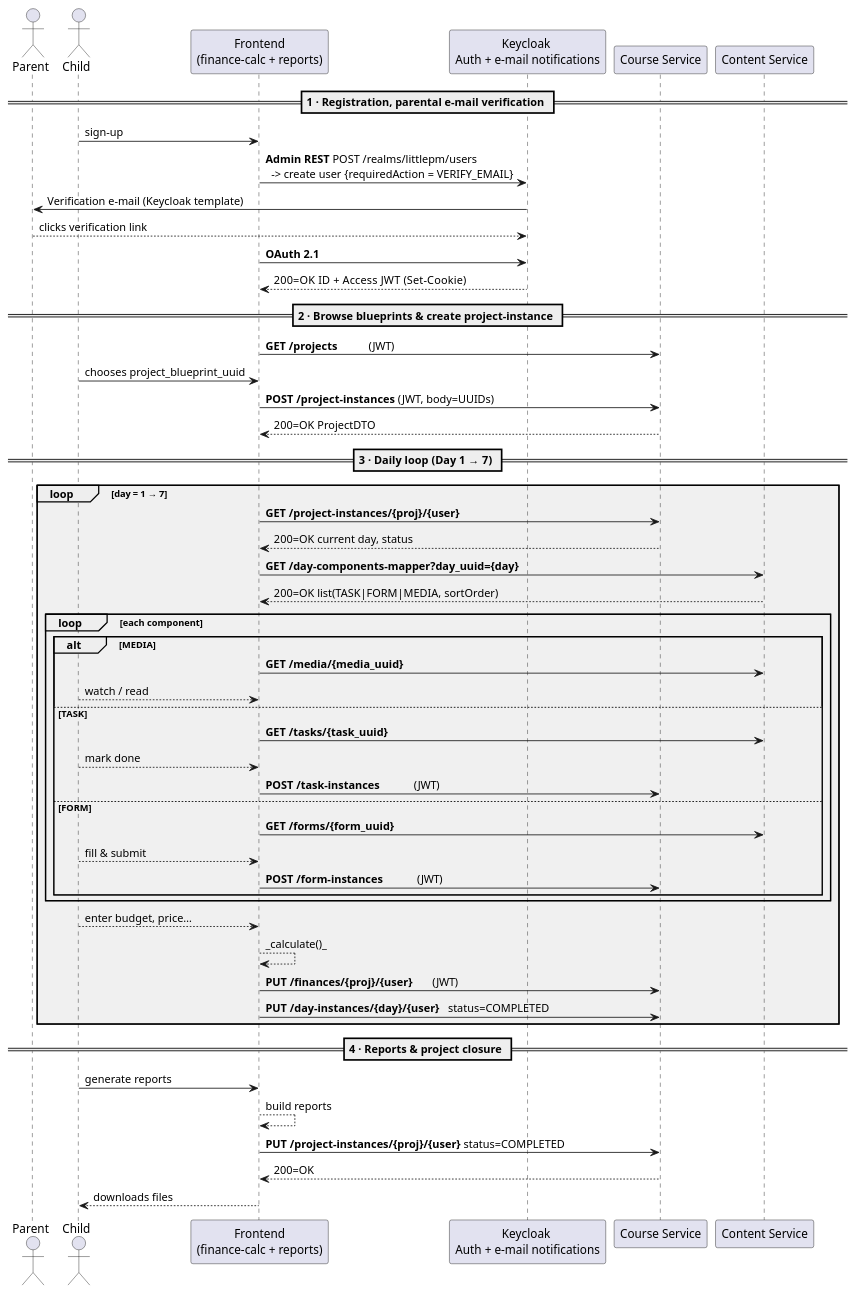
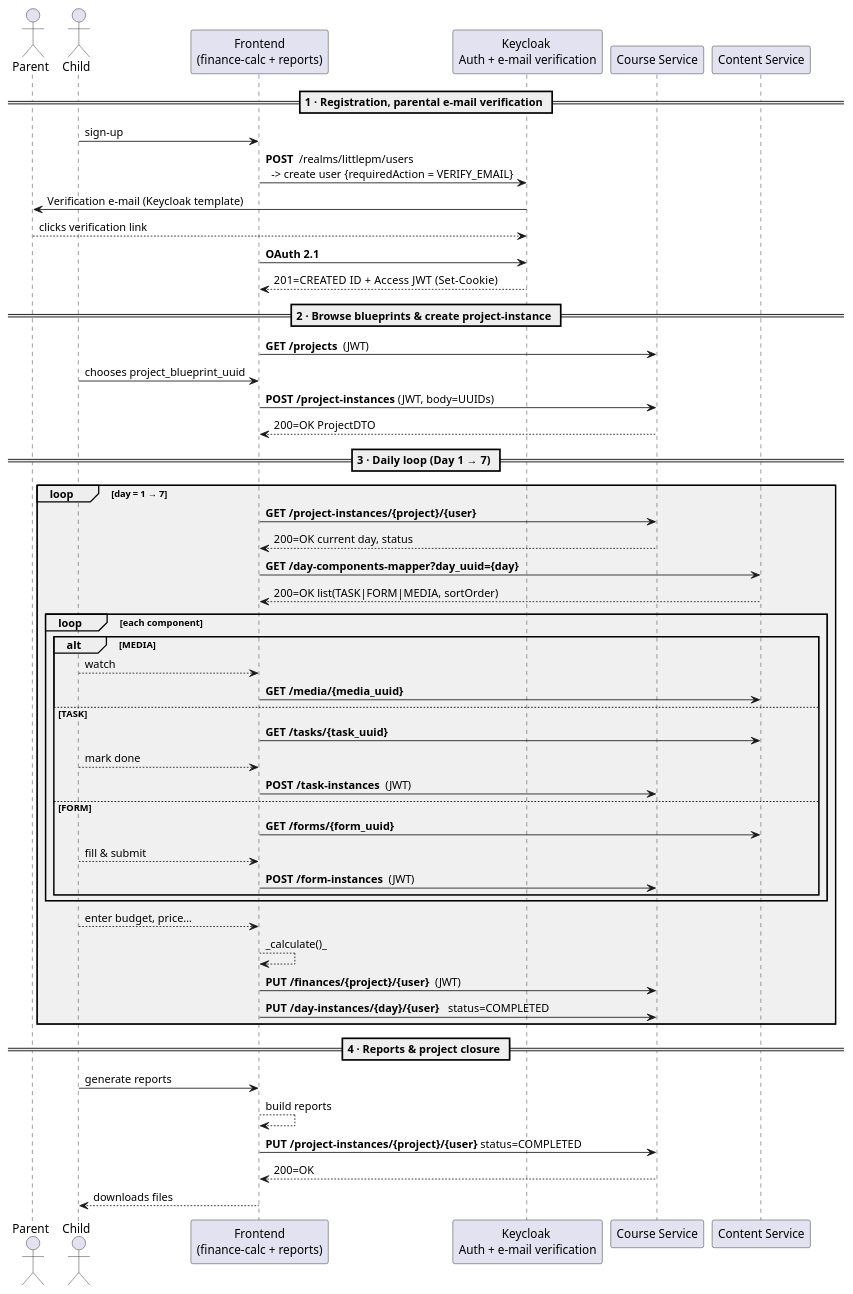
The diagram in docs/design/sequence-diagram/sequence-diag.plantuml (dmr4eg/la-infrastructure), drawn with PlantUML before and after one commit.

Commit message:
sequence done

```diff
--- a/docs/design/sequence-diagram/sequence-diag.plantuml
+++ b/docs/design/sequence-diagram/sequence-diag.plantuml
@@ -1,74 +1,74 @@
 @startuml
 
 skinparam package {
     FontSize 13
     FontStyle bold
     BackgroundColor #F0F0F0
 }
 
 actor Parent
 actor Child
 
 participant "Frontend\n(finance-calc + reports)"      as FE
-participant "Keycloak \nAuth + e-mail notifications"    as KC
+participant "Keycloak \nAuth + e-mail verification"    as KC
 participant "Course Service"  as COURSE
 participant "Content Service" as CONTENT
 
 == 1 · Registration, parental e-mail verification ==
 Child  -> FE     : sign-up 
-FE     -> KC     : **Admin REST** POST /realms/littlepm/users\n  -> create user {requiredAction = VERIFY_EMAIL}
+FE     -> KC     : **POST**  /realms/littlepm/users\n  -> create user {requiredAction = VERIFY_EMAIL}
 KC     -> Parent : Verification e-mail (Keycloak template)
 Parent --> KC    : clicks verification link 
 FE     -> KC     : **OAuth 2.1** 
-KC     --> FE    : 200=OK ID + Access JWT   (Set-Cookie)
+KC     --> FE    : 201=CREATED ID + Access JWT   (Set-Cookie)
 
 
 == 2 · Browse blueprints & create project-instance ==
-FE     -> COURSE : **GET /projects**           (JWT)
+FE     -> COURSE : **GET /projects**  (JWT)
 Child  -> FE     : chooses project_blueprint_uuid
 FE     -> COURSE : **POST /project-instances** (JWT, body=UUIDs)
 COURSE --> FE    : 200=OK ProjectDTO 
 
 == 3 · Daily loop  (Day 1 → 7) ==
 loop day = 1 → 7
   ' 3.1 progress/meta
-  FE  -> COURSE  : **GET /project-instances/{proj}/{user}**
+  FE  -> COURSE  : **GET /project-instances/{project}/{user}**
   COURSE--> FE   : 200=OK current day, status
 
   ' 3.2 teaching content
   FE  -> CONTENT : **GET /day-components-mapper?day_uuid={day}**
   CONTENT --> FE : 200=OK list(TASK|FORM|MEDIA, sortOrder)
 
   ' 3.3 execute components
   loop each component
     alt MEDIA
+      Child --> FE  : watch 
       FE -> CONTENT : **GET /media/{media_uuid}**
-      Child --> FE  : watch / read
     else TASK
       FE -> CONTENT : **GET /tasks/{task_uuid}**
       Child --> FE  : mark done
-      FE -> COURSE  : **POST /task-instances**            (JWT)
+      FE -> COURSE  : **POST /task-instances**  (JWT)
     else FORM
       FE -> CONTENT : **GET /forms/{form_uuid}**
       Child --> FE  : fill & submit
-      FE -> COURSE  : **POST /form-instances**            (JWT)
+      FE -> COURSE  : **POST /form-instances**  (JWT)
     end
   end
 
   ' 3.4 client-side finance
   Child --> FE : enter budget, price…
   FE    --> FE : _calculate()_  
-  FE    -> COURSE : **PUT /finances/{proj}/{user}**       (JWT)
+  FE    -> COURSE : **PUT /finances/{project}/{user}**  (JWT)
 
   ' 3.5 day complete & e-mail reminder
   FE    -> COURSE : **PUT /day-instances/{day}/{user}**   status=COMPLETED
 end
 
 == 4 · Reports & project closure ==
 Child -> FE     : generate reports
 FE    --> FE    : build reports
-FE    -> COURSE : **PUT /project-instances/{proj}/{user}** status=COMPLETED
+FE    -> COURSE : **PUT /project-instances/{project}/{user}** status=COMPLETED
 COURSE--> FE    : 200=OK
 Child <-- FE    : downloads files
 
 @enduml
```
